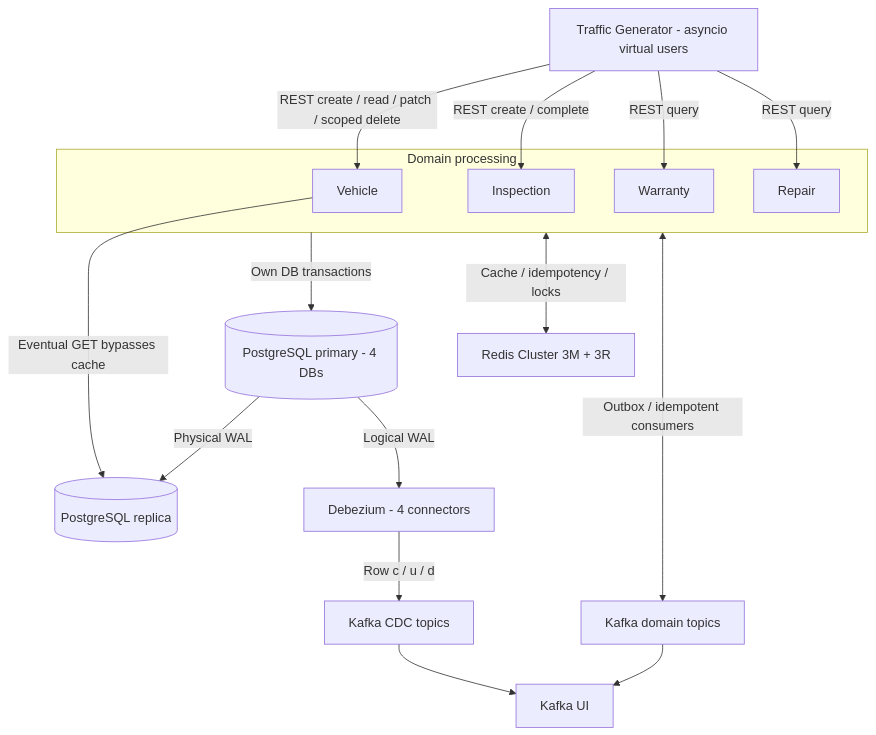
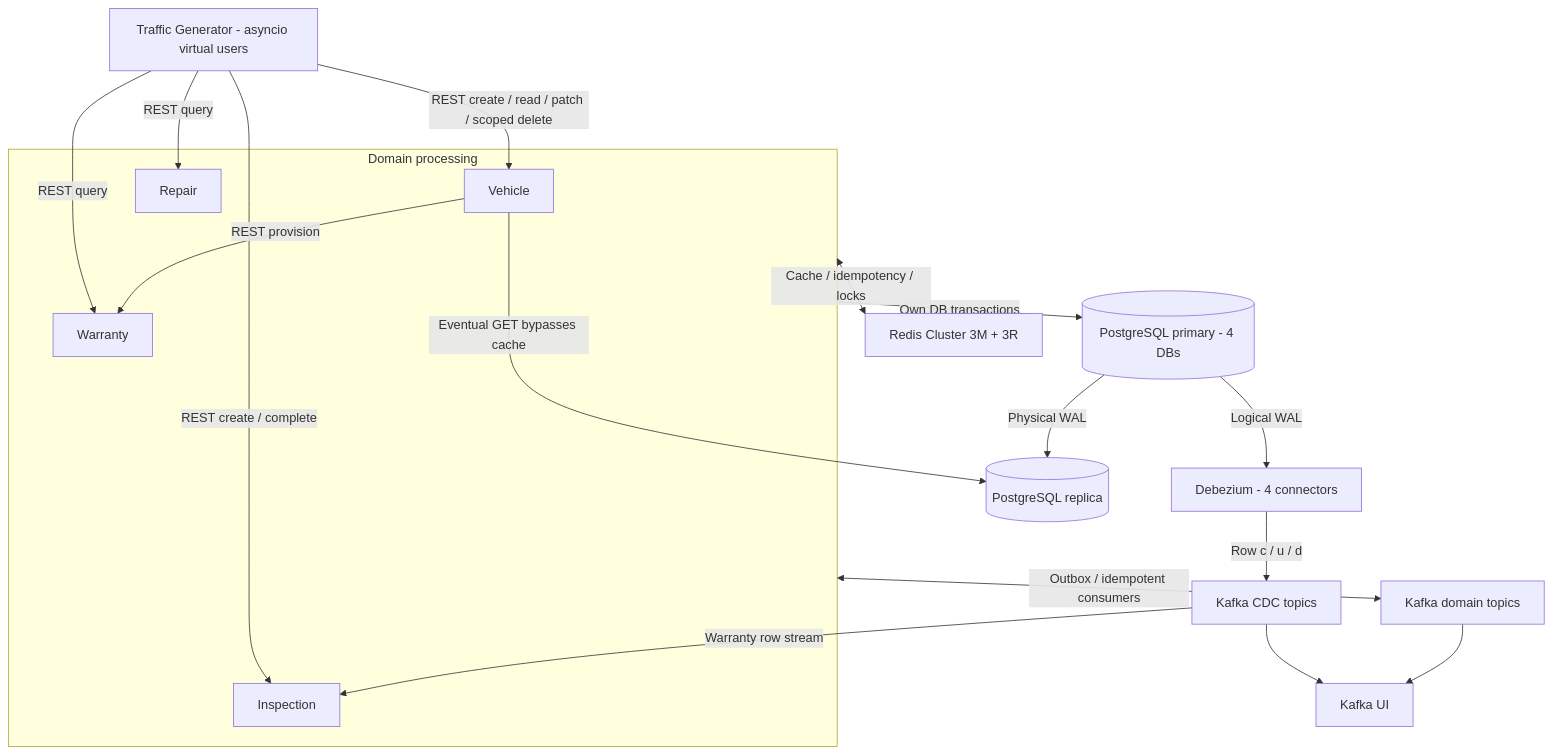
Before and after one commit to Huy-8bit/interview: the first of 3 diagrams in lab/docs/TRAFFIC_GENERATOR.md, drawn with Mermaid. The commit also changed other lines of this file and 141 other files, not shown here.

````diff
--- a/lab/docs/TRAFFIC_GENERATOR.md
+++ b/lab/docs/TRAFFIC_GENERATOR.md
@@ -11,23 +11,25 @@
 ```mermaid
 flowchart TB
     %% diagram: traffic-architecture
     generator["Traffic Generator - asyncio virtual users"] -->|"REST create / read / patch / scoped delete"| vehicle["Vehicle"]
     generator -->|"REST create / complete"| inspection["Inspection"]
     generator -->|"REST query"| warranty["Warranty"]
     generator -->|"REST query"| repair["Repair"]
     subgraph apps["Domain processing"]
         vehicle
         inspection
         warranty
         repair
     end
     apps -->|"Own DB transactions"| primary[("PostgreSQL primary - 4 DBs")]
     primary -->|"Physical WAL"| replica[("PostgreSQL replica")]
     vehicle -->|"Eventual GET bypasses cache"| replica
     apps <-->|"Cache / idempotency / locks"| redis["Redis Cluster 3M + 3R"]
     primary -->|"Logical WAL"| debezium["Debezium - 4 connectors"]
     debezium -->|"Row c / u / d"| cdc["Kafka CDC topics"]
     apps <-->|"Outbox / idempotent consumers"| domain["Kafka domain topics"]
+    vehicle -->|"REST provision"| warranty
+    cdc -->|"Warranty row stream"| inspection
     cdc --> ui["Kafka UI"]
     domain --> ui
 ```
````
